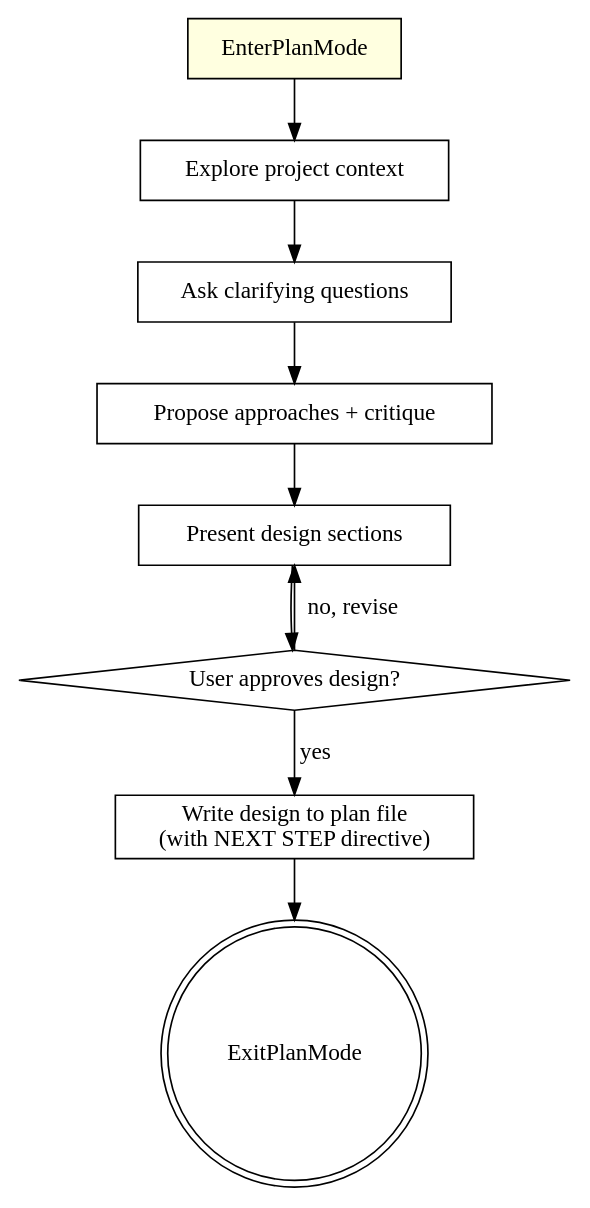
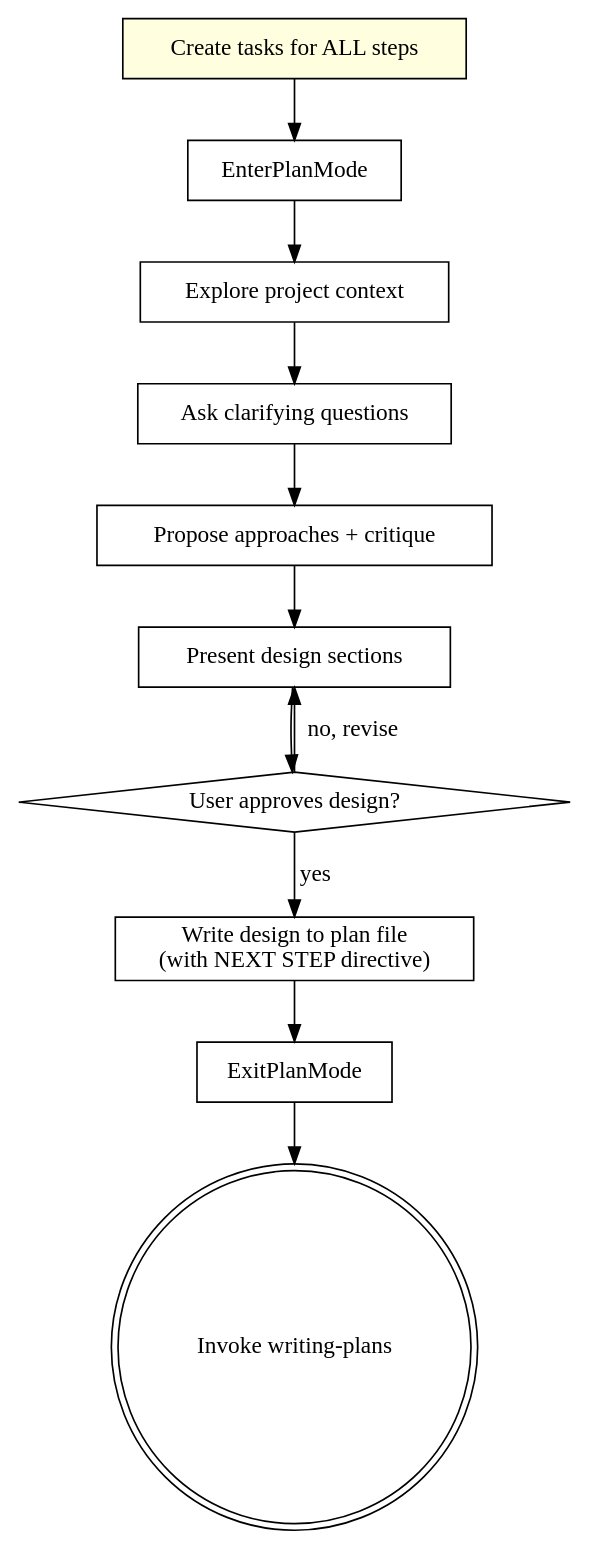
Before and after one commit to axinvd/superpowers: the diagram in skills/brainstorming/SKILL.md, drawn with Graphviz. The commit also changed other lines of this file and 1 other file, not shown here.

Commit message:
fix: stabilize git commit flow and brainstorming task ordering
Separate git add/commit into distinct Bash calls and use plain strings
instead of HEREDOC to avoid permission prompts on command substitution.
Create brainstorming tasks before entering plan mode so they survive
plan mode exit and prevent skipping to implementation.

````diff
--- a/skills/brainstorming/SKILL.md
+++ b/skills/brainstorming/SKILL.md
@@ -36,21 +38,25 @@
 ```dot
 digraph brainstorming {
-    "EnterPlanMode" [shape=box style=filled fillcolor=lightyellow];
+    "Create tasks for ALL steps" [shape=box style=filled fillcolor=lightyellow];
+    "EnterPlanMode" [shape=box];
     "Explore project context" [shape=box];
     "Ask clarifying questions" [shape=box];
     "Propose approaches + critique" [shape=box];
     "Present design sections" [shape=box];
     "User approves design?" [shape=diamond];
     "Write design to plan file\n(with NEXT STEP directive)" [shape=box];
-    "ExitPlanMode" [shape=doublecircle];
+    "ExitPlanMode" [shape=box];
+    "Invoke writing-plans" [shape=doublecircle];
 
+    "Create tasks for ALL steps" -> "EnterPlanMode";
     "EnterPlanMode" -> "Explore project context";
     "Explore project context" -> "Ask clarifying questions";
     "Ask clarifying questions" -> "Propose approaches + critique";
     "Propose approaches + critique" -> "Present design sections";
     "Present design sections" -> "User approves design?";
     "User approves design?" -> "Present design sections" [label="no, revise"];
     "User approves design?" -> "Write design to plan file\n(with NEXT STEP directive)" [label="yes"];
     "Write design to plan file\n(with NEXT STEP directive)" -> "ExitPlanMode";
+    "ExitPlanMode" -> "Invoke writing-plans";
 }
 ```
````
